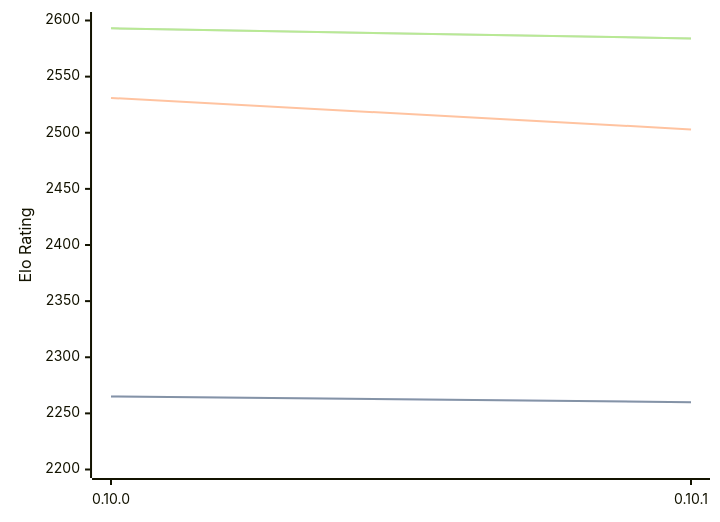
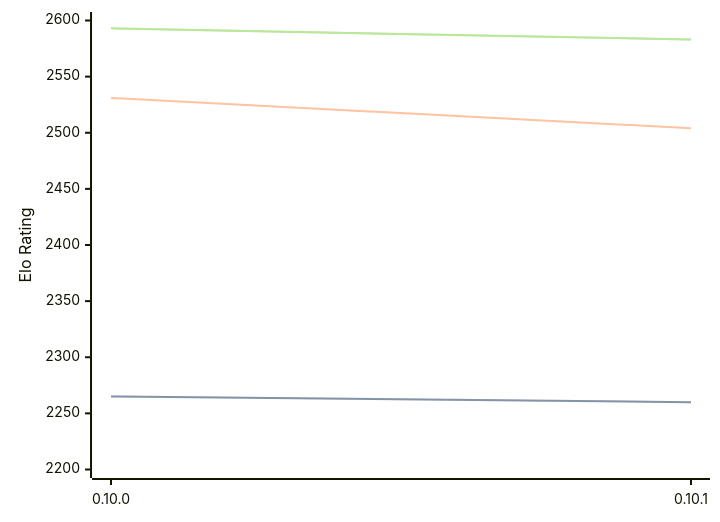
One commit to computer-chess-index/cci changed the third of 3 diagrams in engines/Fatalii.md. Above: the diagram before and after it, drawn with Mermaid. The commit also changed other lines of this file, not shown here.

Commit message:
Update CCI Ratings (ELO VLTC) - 2026-06-22

````diff
--- a/engines/Fatalii.md
+++ b/engines/Fatalii.md
@@ -79,11 +79,11 @@
 ```mermaid
 %%{init: {"theme":"base","themeVariables":{"seriesColors:['#a3a3a3','#222221','#faa371']}}}%%
 xychart-beta
   x-axis ["0.10.0", "0.10.1"]
   y-axis "Elo Rating" 2200 --> 2600
   line "STC (8.0+0.08s)" [2265, 2260]
   line "STC (8.0+0.08s)" [2265, 2260]
-  line "LTC (60.0+0.60s)" [2531, 2503]
-  line "VLTC (2m24s+1.12s)" [2593, 2584]
-  line "VLTC (2m24s+1.12s)" [2593, 2584]
+  line "LTC (60.0+0.60s)" [2531, 2504]
+  line "VLTC (2m24s+1.12s)" [2593, 2583]
+  line "VLTC (2m24s+1.12s)" [2593, 2583]
 ```
````
